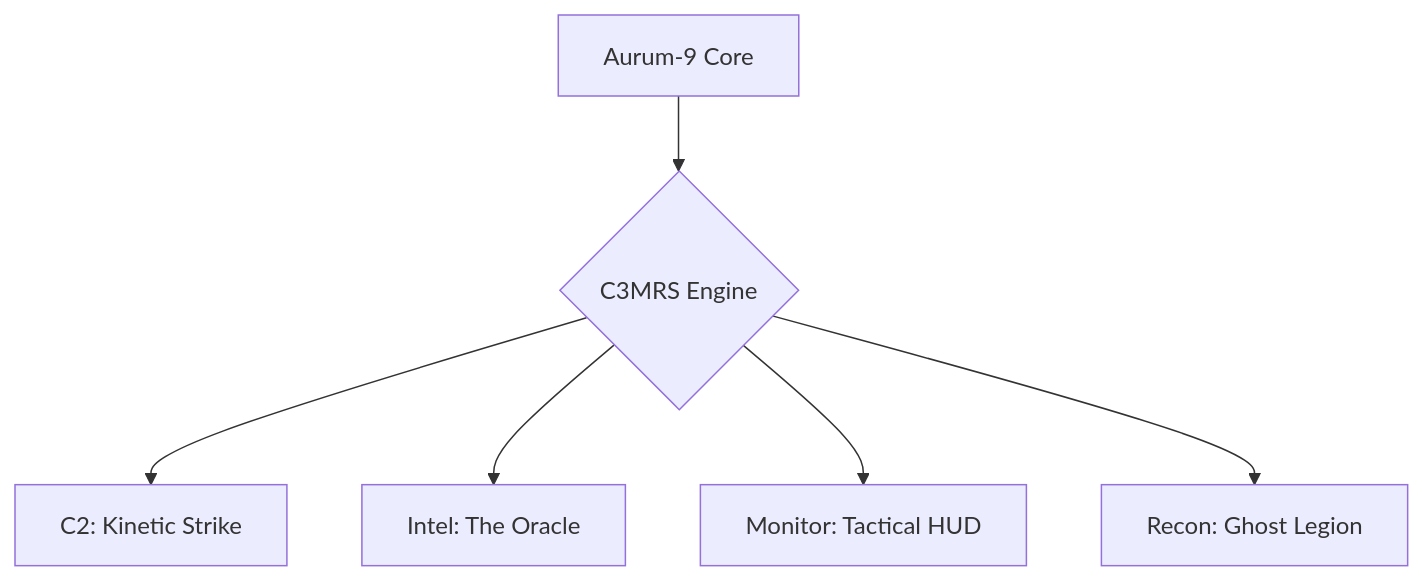
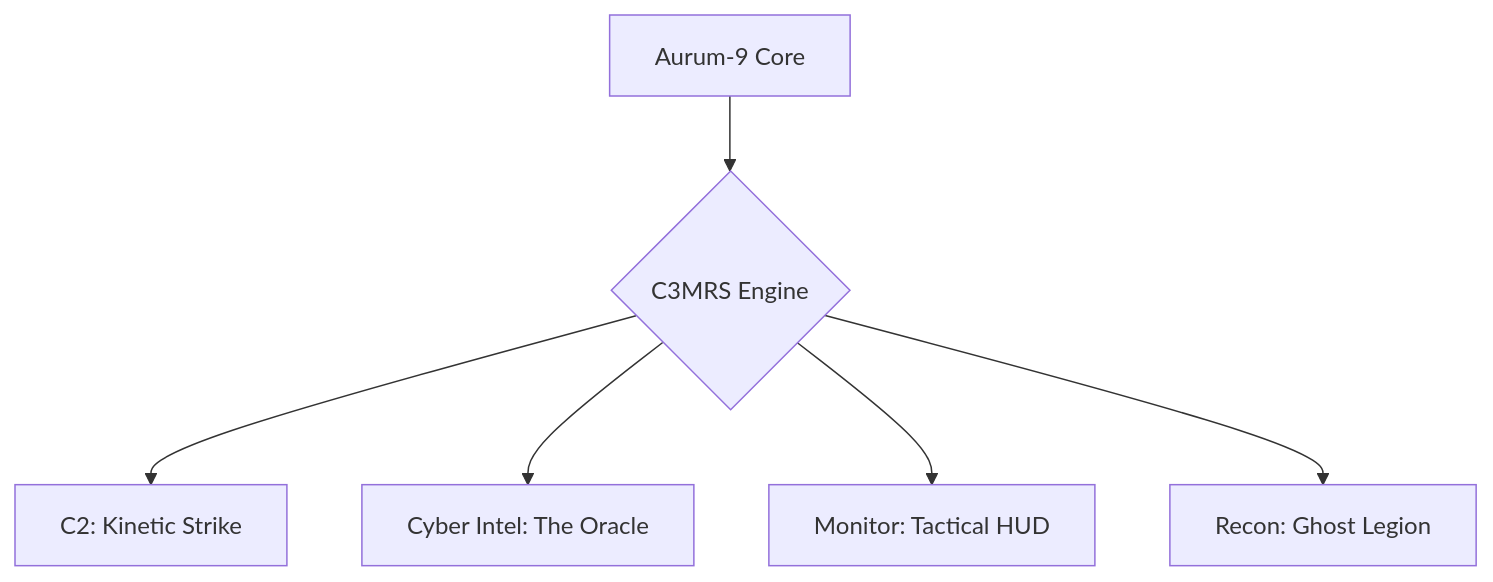
One commit to Dsosnac-TEC-Enterprise/Aurum-9 changed the diagram in README.md. Above: the diagram before and after it, drawn with Mermaid.

````diff
--- a/README.md
+++ b/README.md
@@ -20,8 +20,8 @@
 ```mermaid
 graph TD
     A[Aurum-9 Core] --> B{C3MRS Engine}
     B --> C[C2: Kinetic Strike]
-    B --> D[Intel: The Oracle]
+    B --> D[Cyber Intel: The Oracle]
     B --> E[Monitor: Tactical HUD]
     B --> F[Recon: Ghost Legion]
 ```
````
